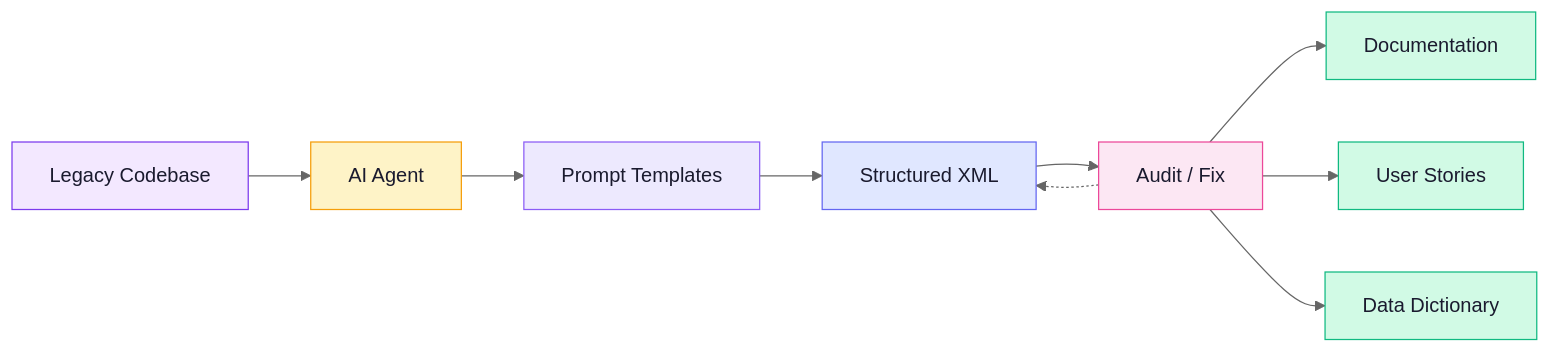
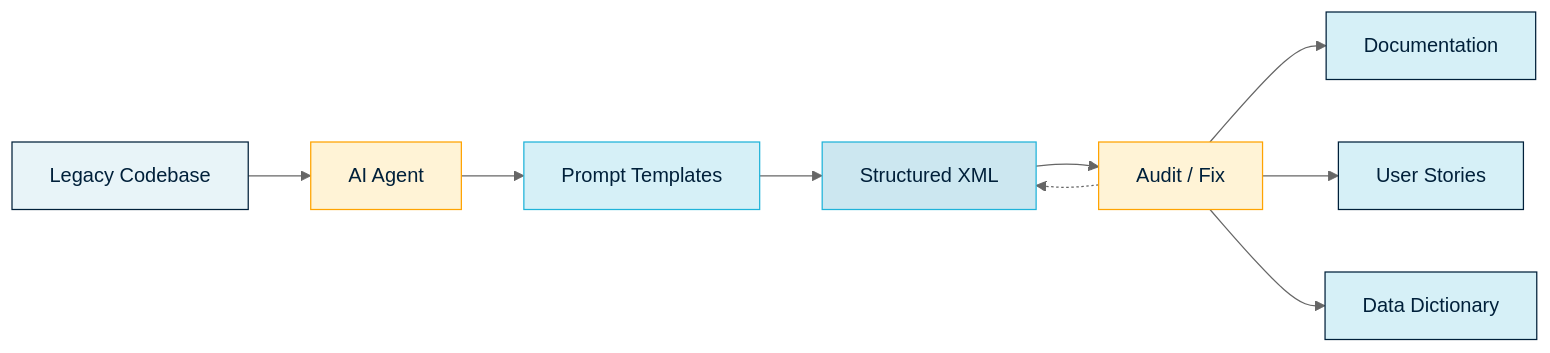
One commit to pratik-aditi/Reforge_v1 changed the diagram in docs/index.md. Above: the diagram before and after it, drawn with Mermaid (neutral theme). The commit also changed 4 other files, not shown here.

````diff
--- a/docs/index.md
+++ b/docs/index.md
@@ -32,19 +32,19 @@
 ```mermaid
 graph LR
   A[Legacy Codebase] --> B[AI Agent]
   B --> C[Prompt Templates]
   C --> D[Structured XML]
   D --> E[Audit / Fix]
   E -.-> D
   E --> F[Documentation]
   E --> G[User Stories]
   E --> H[Data Dictionary]
-  style A fill:#f3e8ff,stroke:#7c3aed,color:#1a1a2e
-  style B fill:#fef3c7,stroke:#f59e0b,color:#1a1a2e
-  style C fill:#ede9fe,stroke:#8b5cf6,color:#1a1a2e
-  style D fill:#e0e7ff,stroke:#6366f1,color:#1a1a2e
-  style E fill:#fce7f3,stroke:#ec4899,color:#1a1a2e
-  style F fill:#d1fae5,stroke:#10b981,color:#1a1a2e
-  style G fill:#d1fae5,stroke:#10b981,color:#1a1a2e
-  style H fill:#d1fae5,stroke:#10b981,color:#1a1a2e
+  style A fill:#e8f4f8,stroke:#00203A,color:#00203A
+  style B fill:#fff3d6,stroke:#FFA301,color:#00203A
+  style C fill:#d6f0f7,stroke:#1FB3D9,color:#00203A
+  style D fill:#cce7f0,stroke:#1FB3D9,color:#00203A
+  style E fill:#fff3d6,stroke:#FFA301,color:#00203A
+  style F fill:#d6f0f7,stroke:#00203A,color:#00203A
+  style G fill:#d6f0f7,stroke:#00203A,color:#00203A
+  style H fill:#d6f0f7,stroke:#00203A,color:#00203A
 ```
````
